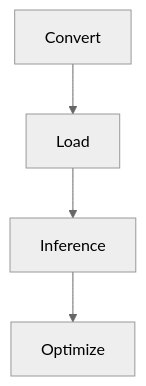
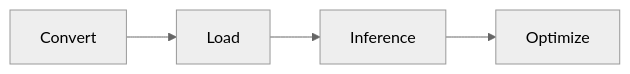
The diagram in intel_extension_for_transformers/llm/runtime/graph/developer_document.md (intel/intel-extension-for-transformers), drawn with Mermaid (neutral theme) before and after one commit.

````diff
--- a/intel_extension_for_transformers/llm/runtime/graph/developer_document.md
+++ b/intel_extension_for_transformers/llm/runtime/graph/developer_document.md
@@ -86,6 +86,6 @@
 ```mermaid
-graph TD;
+graph LR;
     Convert-->Load;
     Load-->Inference;
     Inference-->Optimize;
 ```
````
